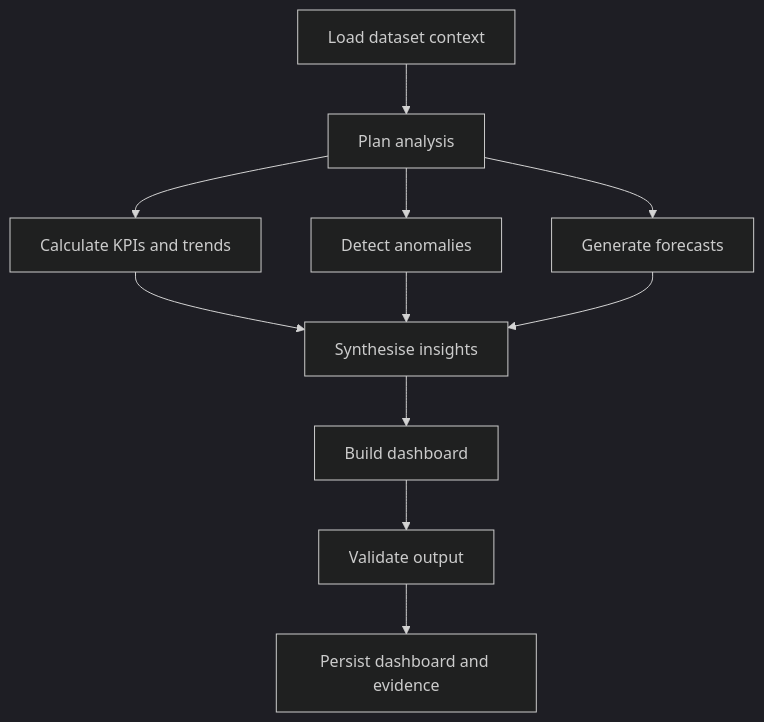
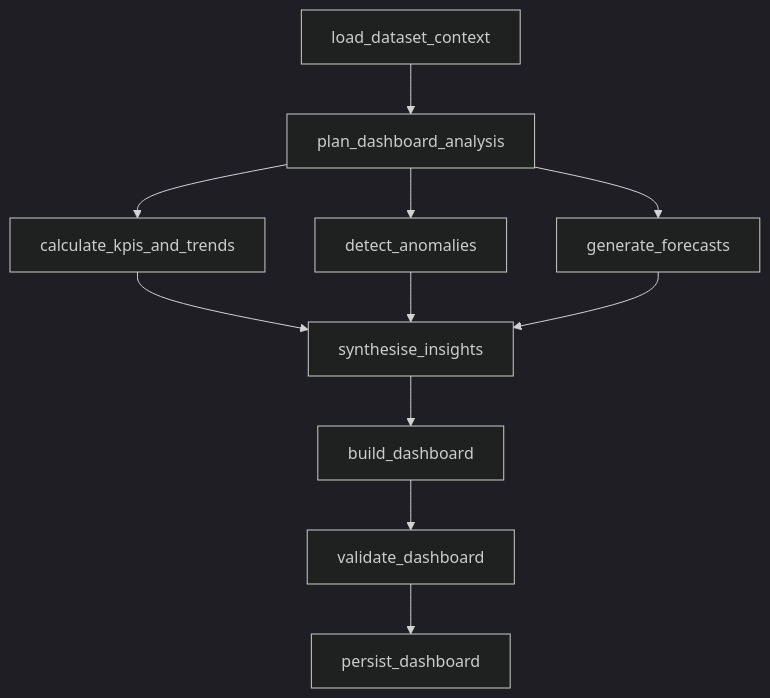
The third of 3 diagrams in LANGGRAPH_ARCHITECTURE.md (v-rowjee/MMP), drawn with Mermaid (dark theme) before and after one commit. The commit also changed other lines of this file and 6 other files, not shown here.

Commit message:
Implemented generate dashboard

````diff
--- a/LANGGRAPH_ARCHITECTURE.md
+++ b/LANGGRAPH_ARCHITECTURE.md
@@ -85,13 +129,13 @@
 ```mermaid
 flowchart TD
-    A["Load dataset context"] --> B["Plan analysis"]
-    B --> C["Calculate KPIs and trends"]
-    B --> D["Detect anomalies"]
-    B --> E["Generate forecasts"]
-    C --> F["Synthesise insights"]
+    A["load_dataset_context"] --> B["plan_dashboard_analysis"]
+    B --> C["calculate_kpis_and_trends"]
+    B --> D["detect_anomalies"]
+    B --> E["generate_forecasts"]
+    C --> F["synthesise_insights"]
     D --> F
     E --> F
-    F --> G["Build dashboard"]
-    G --> H["Validate output"]
-    H --> I["Persist dashboard and evidence"]
+    F --> G["build_dashboard"]
+    G --> H["validate_dashboard"]
+    H --> I["persist_dashboard"]
 ```
````
